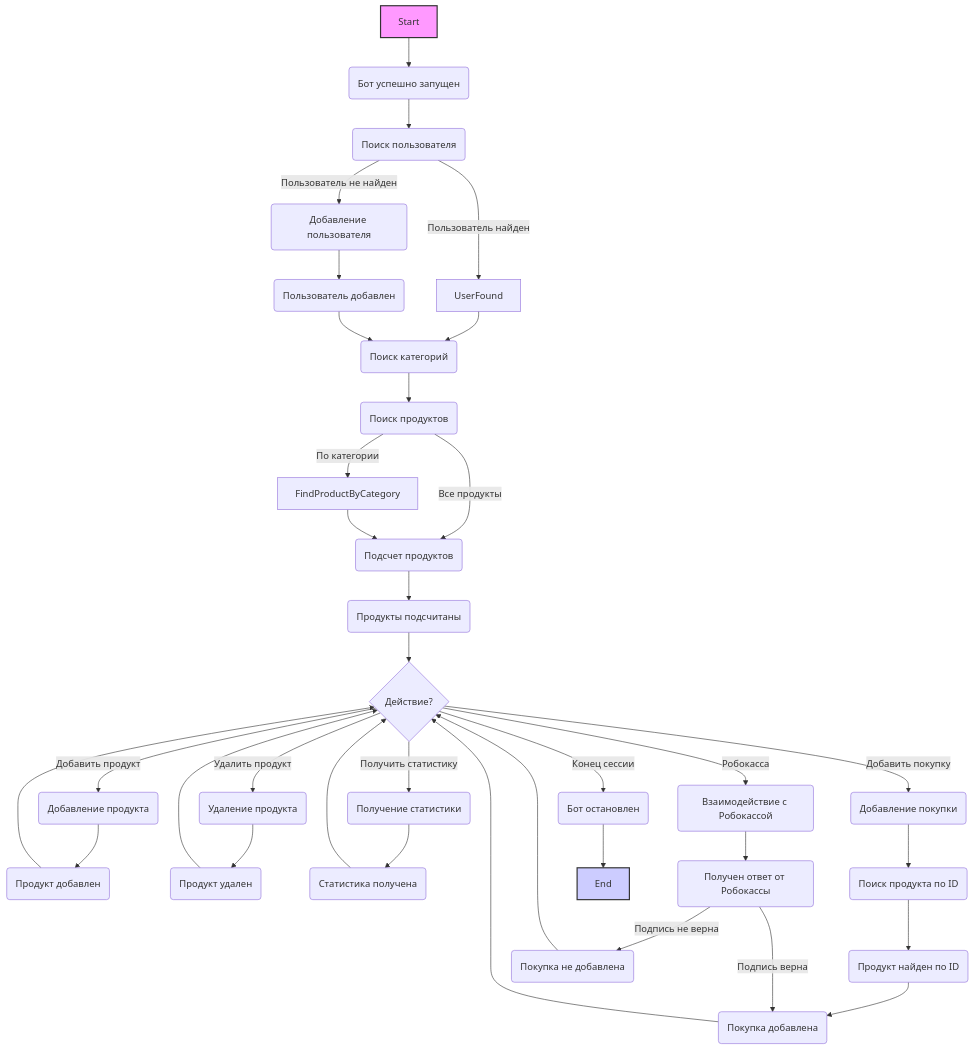
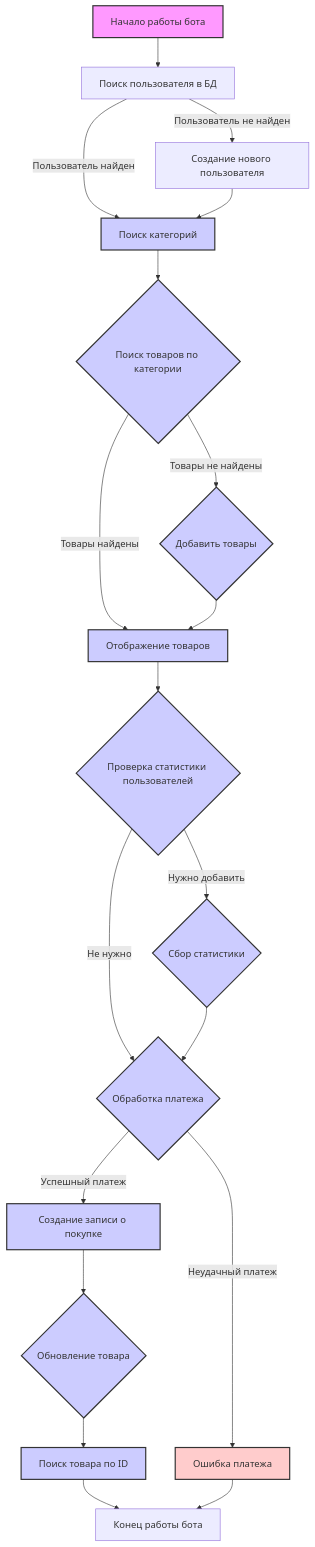
One commit to hypo69/hypo changed the diagram in docs/gemini/ru/explainer/src/endpoints/bots/telegram/digital_market/bot/log.txt.md. Above: the diagram before and after it, drawn with Mermaid. The commit also changed other lines of this file and 1505 other files, not shown here.

````diff
--- a/docs/gemini/ru/explainer/src/endpoints/bots/telegram/digital_market/bot/log.txt.md
+++ b/docs/gemini/ru/explainer/src/endpoints/bots/telegram/digital_market/bot/log.txt.md
@@ -107,51 +68,35 @@
 ```mermaid
 flowchart TD
-    Start[Start] --> BotStart(Бот успешно запущен)
-    
-    BotStart --> FindUser(Поиск пользователя)
-    FindUser -- "Пользователь найден" --> UserFound
-    FindUser -- "Пользователь не найден" --> AddUser(Добавление пользователя)
-    AddUser --> UserAdded(Пользователь добавлен)
-    UserFound --> FindCategory(Поиск категорий)
-    UserAdded --> FindCategory
+    Start[Начало работы бота] --> UserSearch[Поиск пользователя в БД]
+    UserSearch -- "Пользователь найден" --> CheckCategory[Поиск категорий]
+    UserSearch -- "Пользователь не найден" --> CreateUser[Создание нового пользователя]
+    CreateUser --> CheckCategory
+    CheckCategory --> FindProductByCategory{Поиск товаров по категории}
+    FindProductByCategory -- "Товары найдены" --> DisplayProducts[Отображение товаров]
+    FindProductByCategory -- "Товары не найдены" --> AddProduct{Добавить товары}
+     AddProduct  --> DisplayProducts
+    DisplayProducts --> CheckUserStatistic{Проверка статистики пользователей}
+    CheckUserStatistic -- "Нужно добавить" --> CollectUserStatistic{Сбор статистики}
+    CheckUserStatistic -- "Не нужно" --> ProcessPayment{Обработка платежа}
+    CollectUserStatistic --> ProcessPayment
+    ProcessPayment -- "Успешный платеж" --> CreatePurchase[Создание записи о покупке]
+    ProcessPayment -- "Неудачный платеж" --> PaymentError[Ошибка платежа]
+     CreatePurchase -->  UpdateProduct{Обновление товара}
+     UpdateProduct --> ProductSearch[Поиск товара по ID]
+      ProductSearch --> End[Конец работы бота]
+      PaymentError --> End
 
-    FindCategory --> FindProduct(Поиск продуктов)
-    FindProduct -- "По категории" --> FindProductByCategory
-    FindProduct -- "Все продукты" --> CountProducts(Подсчет продуктов)
-    FindProductByCategory --> CountProducts
-    
-    CountProducts --> ProductCounted(Продукты подсчитаны)
-    ProductCounted --> CheckActions{Действие?}
-    
-    CheckActions -- "Добавить продукт" --> AddProduct(Добавление продукта)
-    AddProduct --> ProductAdded(Продукт добавлен)
-    CheckActions -- "Удалить продукт" --> DeleteProduct(Удаление продукта)
-    DeleteProduct --> ProductDeleted(Продукт удален)
-    CheckActions -- "Получить статистику" --> GetStatistics(Получение статистики)
-     GetStatistics --> StatisticsRecieved(Статистика получена)
-    CheckActions -- "Добавить покупку" --> AddPurchase(Добавление покупки)
-    AddPurchase --> ProductSearchById(Поиск продукта по ID)
-    ProductSearchById --> ProductFoundById(Продукт найден по ID)
-    ProductFoundById --> PurchaseAdded(Покупка добавлена)
-    CheckActions -- "Робокасса" --> Robokassa(Взаимодействие с Робокассой)
-    Robokassa --> RobokassaResponse(Получен ответ от Робокассы)
-    RobokassaResponse -- "Подпись верна" --> PurchaseAdded
-    RobokassaResponse -- "Подпись не верна" --> PurchaseNotAdded(Покупка не добавлена)
+     style Start fill:#f9f,stroke:#333,stroke-width:2px
+      style CheckCategory fill:#ccf,stroke:#333,stroke-width:2px
+      style FindProductByCategory fill:#ccf,stroke:#333,stroke-width:2px
+      style DisplayProducts fill:#ccf,stroke:#333,stroke-width:2px
+      style CheckUserStatistic fill:#ccf,stroke:#333,stroke-width:2px
+      style CollectUserStatistic fill:#ccf,stroke:#333,stroke-width:2px
+      style ProcessPayment fill:#ccf,stroke:#333,stroke-width:2px
+      style CreatePurchase fill:#ccf,stroke:#333,stroke-width:2px
+       style UpdateProduct fill:#ccf,stroke:#333,stroke-width:2px
+       style ProductSearch fill:#ccf,stroke:#333,stroke-width:2px
+       style PaymentError fill:#fcc,stroke:#333,stroke-width:2px
+       style AddProduct fill:#ccf,stroke:#333,stroke-width:2px
 
-    CheckActions -- "Конец сессии" --> BotStop(Бот остановлен)
-    
-    PurchaseAdded --> CheckActions
-    ProductAdded --> CheckActions
-    ProductDeleted --> CheckActions
-     StatisticsRecieved --> CheckActions
-   
-    PurchaseNotAdded --> CheckActions
-   
-    BotStop --> End[End]
-    
-    
-    style Start fill:#f9f,stroke:#333,stroke-width:2px
-    style End fill:#ccf,stroke:#333,stroke-width:2px
-    
-    
 ```
````
